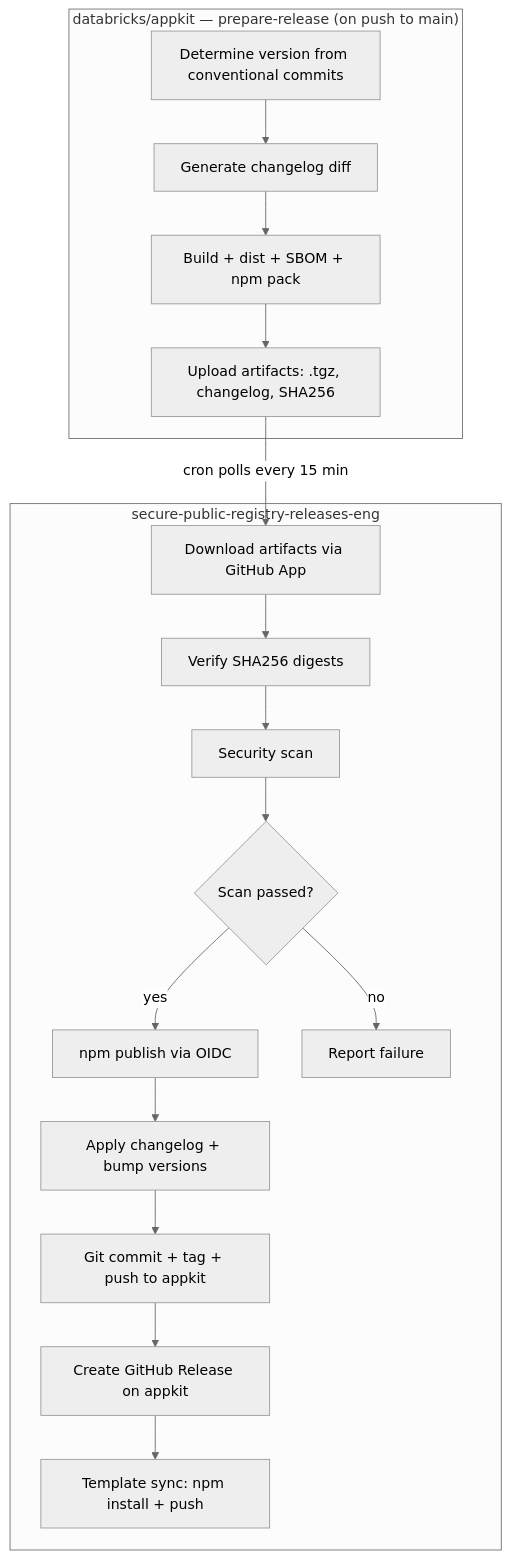
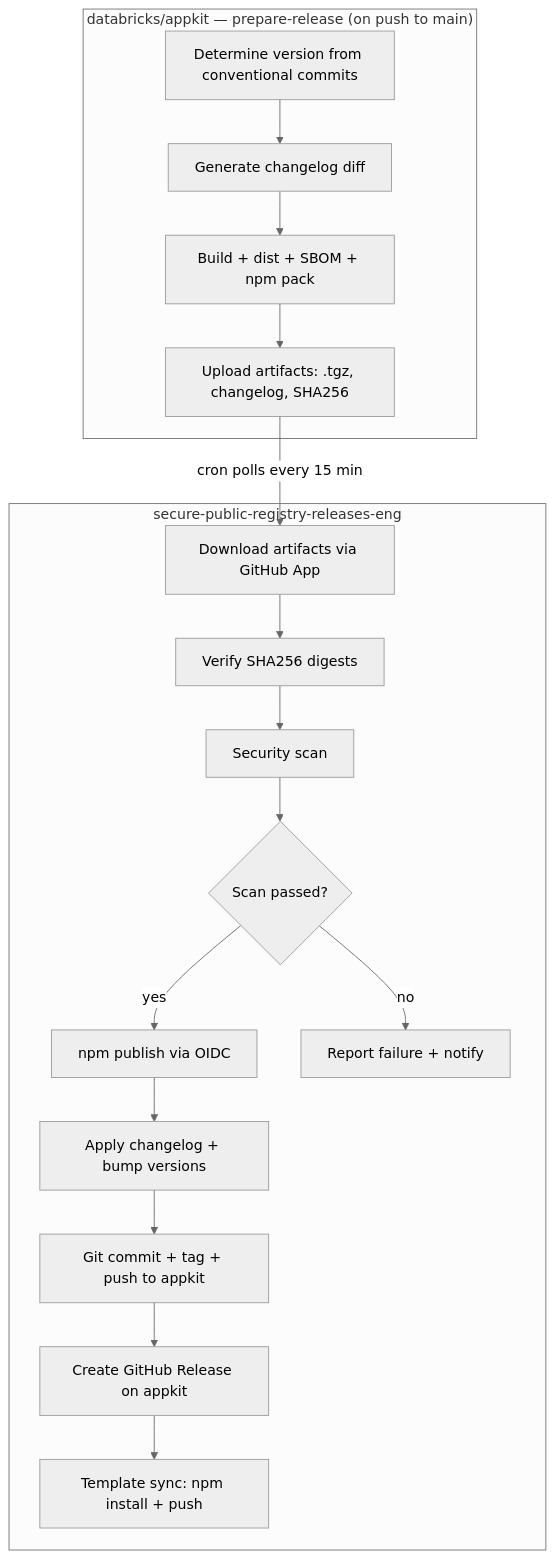
One commit to databricks/appkit changed the second of 2 diagrams in docs/brainstorms/2026-04-03-centralize-release-requirements.md. Above: the diagram before and after it, drawn with Mermaid (neutral theme). The commit also changed other lines of this file and 1 other file, not shown here.

````diff
--- a/docs/brainstorms/2026-04-03-centralize-release-requirements.md
+++ b/docs/brainstorms/2026-04-03-centralize-release-requirements.md
@@ -45,28 +45,28 @@
 ```mermaid
 flowchart TB
     subgraph appkit1["databricks/appkit — prepare-release (on push to main)"]
         A1["Determine version from conventional commits"]
         A2["Generate changelog diff"]
         A3["Build + dist + SBOM + npm pack"]
         A4["Upload artifacts: .tgz, changelog, SHA256"]
         A1 --> A2 --> A3 --> A4
     end
 
     A4 -->|"cron polls every 15 min"| S1
 
     subgraph secure["secure-public-registry-releases-eng"]
         S1["Download artifacts via GitHub App"]
         S2["Verify SHA256 digests"]
         S3["Security scan"]
         S4{"Scan passed?"}
         S5["npm publish via OIDC"]
         S6["Apply changelog + bump versions"]
         S7["Git commit + tag + push to appkit"]
         S8["Create GitHub Release on appkit"]
         S9["Template sync: npm install + push"]
-        S10["Report failure"]
+        S10["Report failure + notify"]
         S1 --> S2 --> S3 --> S4
         S4 -->|"yes"| S5 --> S6 --> S7 --> S8 --> S9
         S4 -->|"no"| S10
     end
 ```
````
